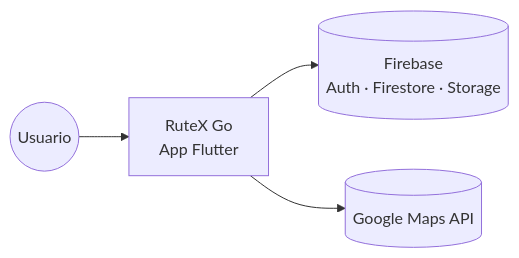
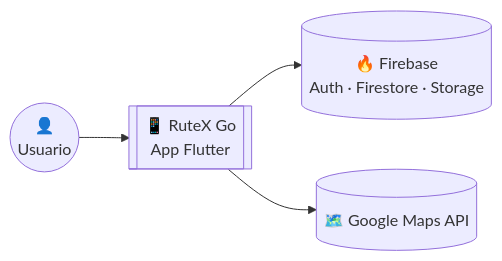
One commit to TurisTechTeam-Dev/RuteX-GO-App changed the first of 2 diagrams in README.md. Above: the diagram before and after it, drawn with Mermaid. The commit also changed other lines of this file, not shown here.

First line of the commit message:
Enhance README architecture diagrams with emojis

````diff
--- a/README.md
+++ b/README.md
@@ -282,11 +282,14 @@
 ```mermaid
 flowchart LR
-    User((Usuario))
-    App[RuteX Go<br/>App Flutter]
-    Firebase[(Firebase<br/>Auth · Firestore · Storage)]
-    Maps[(Google Maps API)]
+    User((👤<br/>Usuario))
+
+    App[[📱 RuteX Go<br/>App Flutter]]
+
+    Firebase[(🔥 Firebase<br/>Auth · Firestore · Storage)]
+    
+    Maps[(🗺️ Google Maps API)]
 
     User --> App
     App --> Firebase
     App --> Maps
 ```
````
